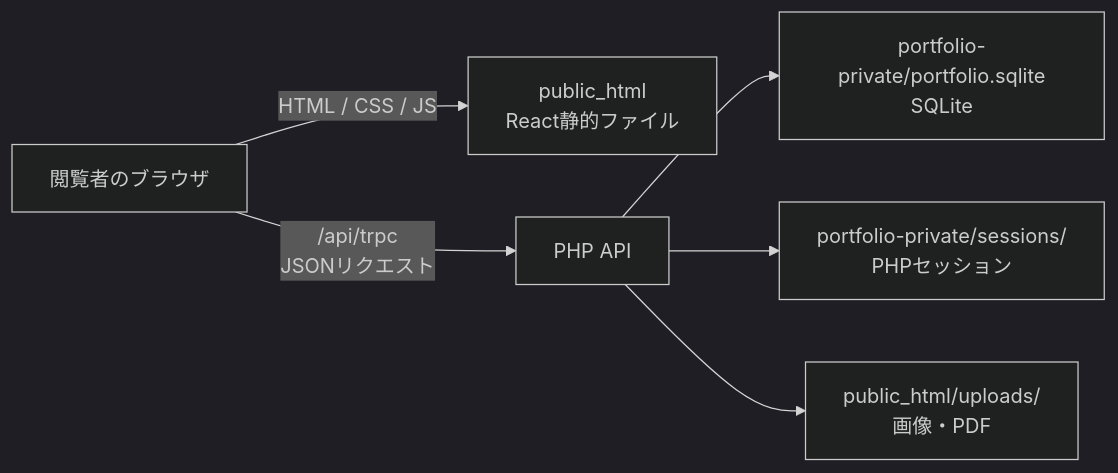
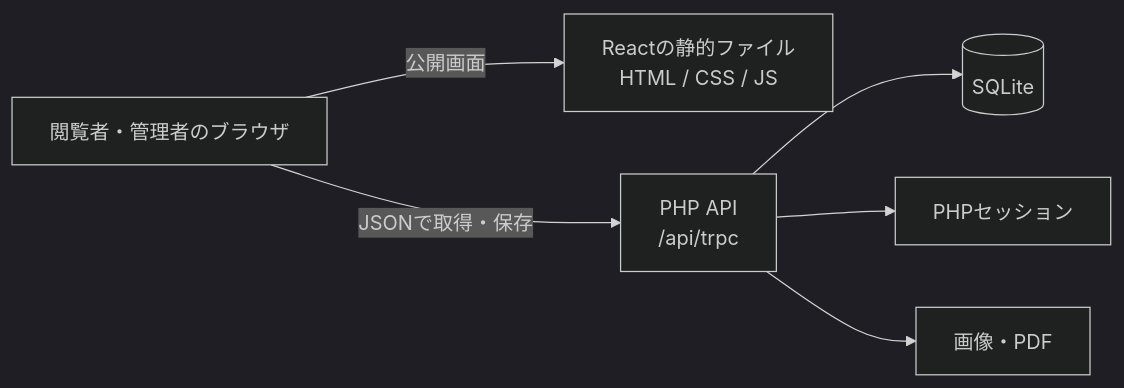
The diagram in README.md (noppy3325-droid/tukiharu-portfolio), drawn with Mermaid (dark theme) before and after one commit. The commit also changed other lines of this file, not shown here.

Commit message:
docs: present portfolio architecture for readers

````diff
--- a/README.md
+++ b/README.md
@@ -9,8 +29,15 @@
 ```mermaid
 flowchart LR
-  B[閲覧者のブラウザ] -->|HTML / CSS / JS| W[public_html\nReact静的ファイル]
-  B -->|/api/trpc\nJSONリクエスト| P[PHP API]
-  P --> D[portfolio-private/portfolio.sqlite\nSQLite]
-  P --> S[portfolio-private/sessions/\nPHPセッション]
-  P --> U[public_html/uploads/\n画像・PDF]
+  Browser[閲覧者・管理者のブラウザ]
+  Static[Reactの静的ファイル<br/>HTML / CSS / JS]
+  Api[PHP API<br/>/api/trpc]
+  Db[(SQLite)]
+  Session[PHPセッション]
+  Uploads[画像・PDF]
+
+  Browser -->|公開画面| Static
+  Browser -->|JSONで取得・保存| Api
+  Api --> Db
+  Api --> Session
+  Api --> Uploads
 ```
````
